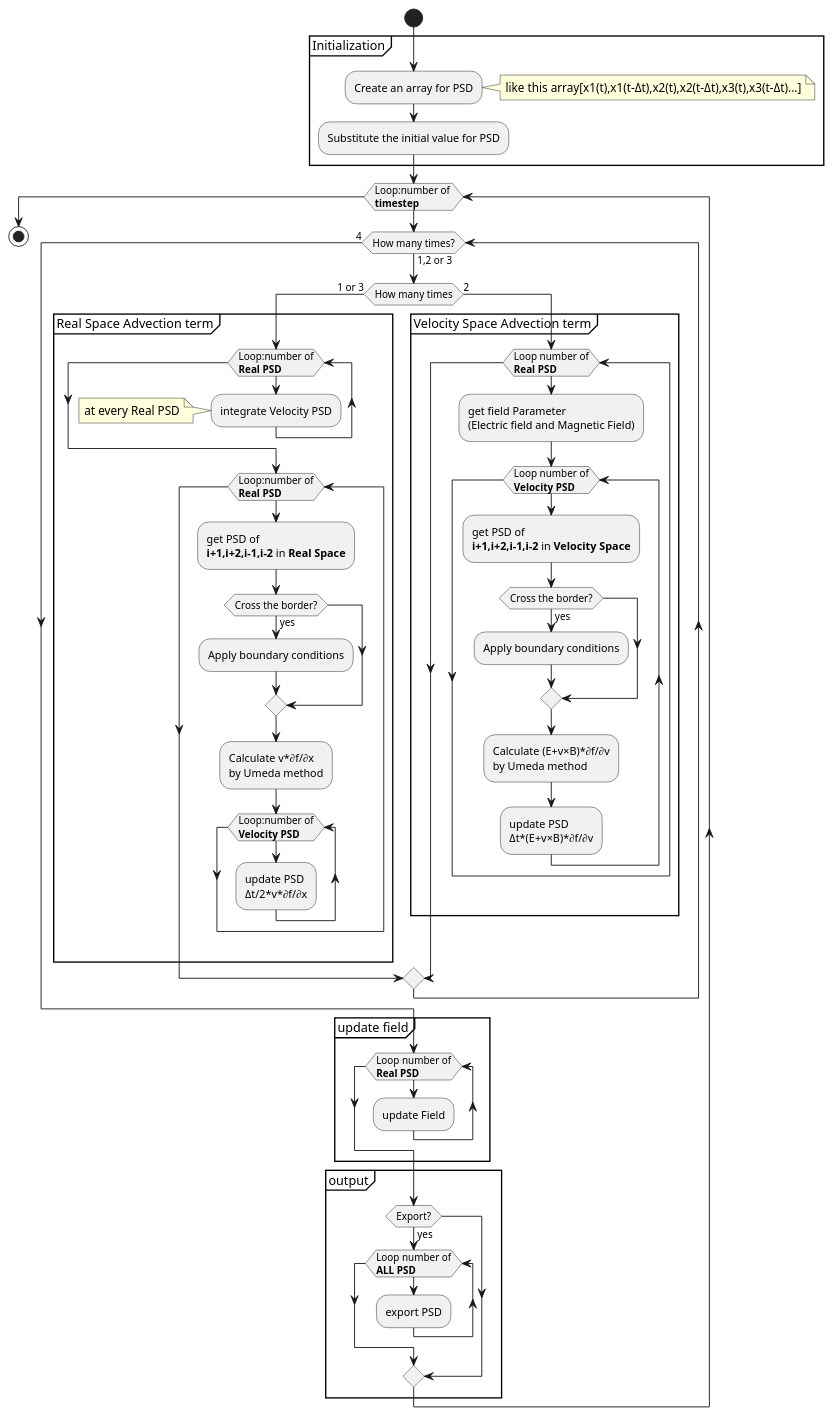
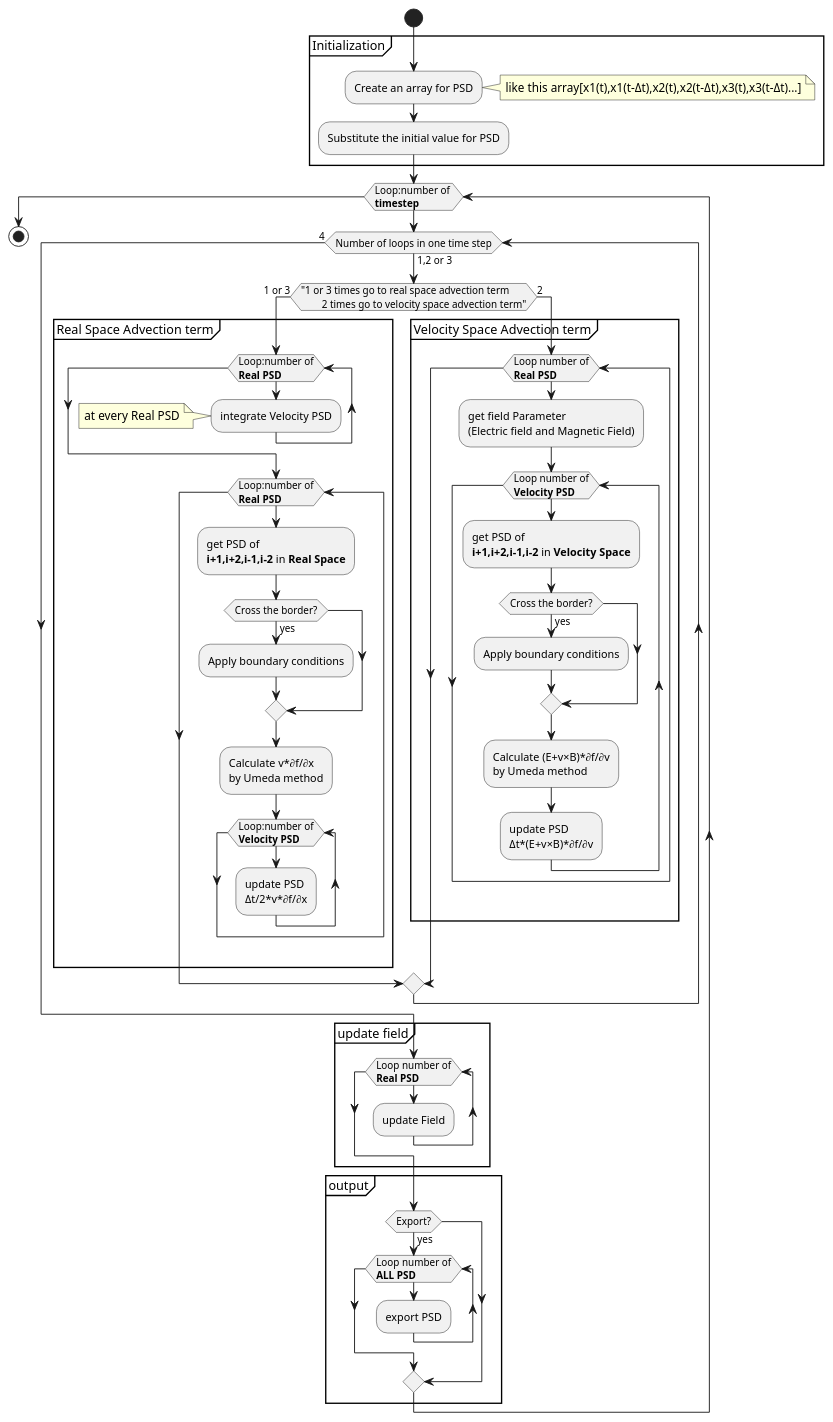
The diagram in designCode/activity_diagram_outline.wsd (Butadiene/HEEModByPuls), drawn with PlantUML before and after one commit. The commit also changed 3 other files, not shown here.

```diff
--- a/designCode/activity_diagram_outline.wsd
+++ b/designCode/activity_diagram_outline.wsd
@@ -1,78 +1,79 @@
 @startuml activity_diagram_outline
 start 
 partition Initialization {
     :Create an array for PSD;
     note right:like this array[x1(t),x1(t-Δt),x2(t),x2(t-Δt),x3(t),x3(t-Δt)...]
 
     :Substitute the initial value for PSD;
 }
 
 while(Loop:number of \n**timestep**)
-    while(How many times?) is (1,2 or 3)
-        if(How many times) then(1 or 3)
+    while(Number of loops in one time step) is (1,2 or 3)
+        if("1 or 3 times go to real space advection term
+        2 times go to velocity space advection term") then(1 or 3)
      
             partition "Real Space Advection term" {
                 while (Loop:number of\n**Real PSD**)
                     :integrate Velocity PSD;
                     note:at every Real PSD
                 endwhile
 
                 while(Loop:number of\n**Real PSD**)
                     :get PSD of 
                     **i+1,i+2,i-1,i-2** in **Real Space**;
                     
                     if(Cross the border?) then(yes)
                     :Apply boundary conditions;
                     endif
 
                     :Calculate v*∂f/∂x 
                     by Umeda method;
                     while(Loop:number of\n**Velocity PSD**)
                         :update PSD 
                         Δt/2*v*∂f/∂x;
                     endwhile
 
                 endwhile
             }
         else(2)
             partition "Velocity Space Advection term"{
                 while(Loop number of\n**Real PSD**)
                     :get field Parameter
                     (Electric field and Magnetic Field);
                     while(Loop number of\n**Velocity PSD**)
                         :get PSD of 
                         **i+1,i+2,i-1,i-2** in **Velocity Space**;
                         
                         if(Cross the border?) then(yes)
                         :Apply boundary conditions;
                         endif
 
                         :Calculate (E+v×B)*∂f/∂v 
                         by Umeda method;
                         :update PSD 
                         Δt*(E+v×B)*∂f/∂v;
                     endwhile
                 endwhile
             }
         endif
     end while(4)
 
     partition "update field" {
         while(Loop number of\n**Real PSD**)
                 :update Field;
         endwhile
     }
 
     partition output {
         if(Export?) then (yes)
             while(Loop number of\n**ALL PSD**)
                 :export PSD;
             endwhile
         endif
     }
 endwhile
 
 
 stop
 
 @end uml
```
